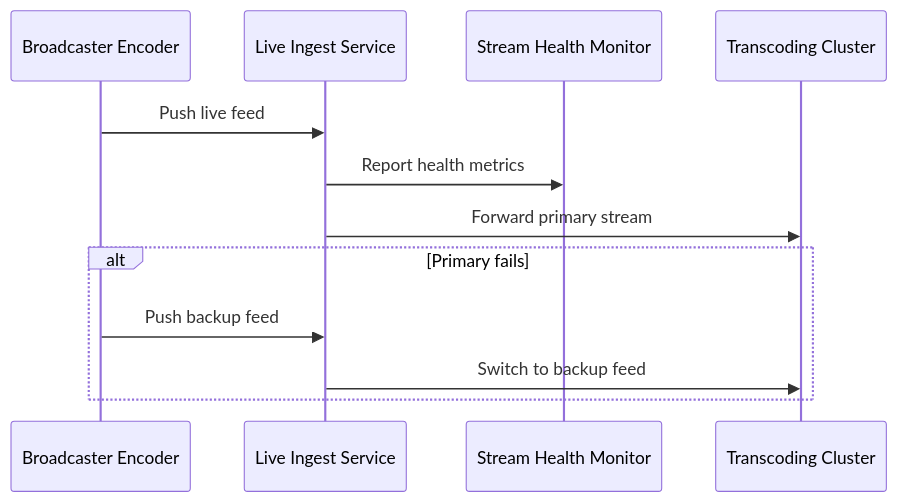
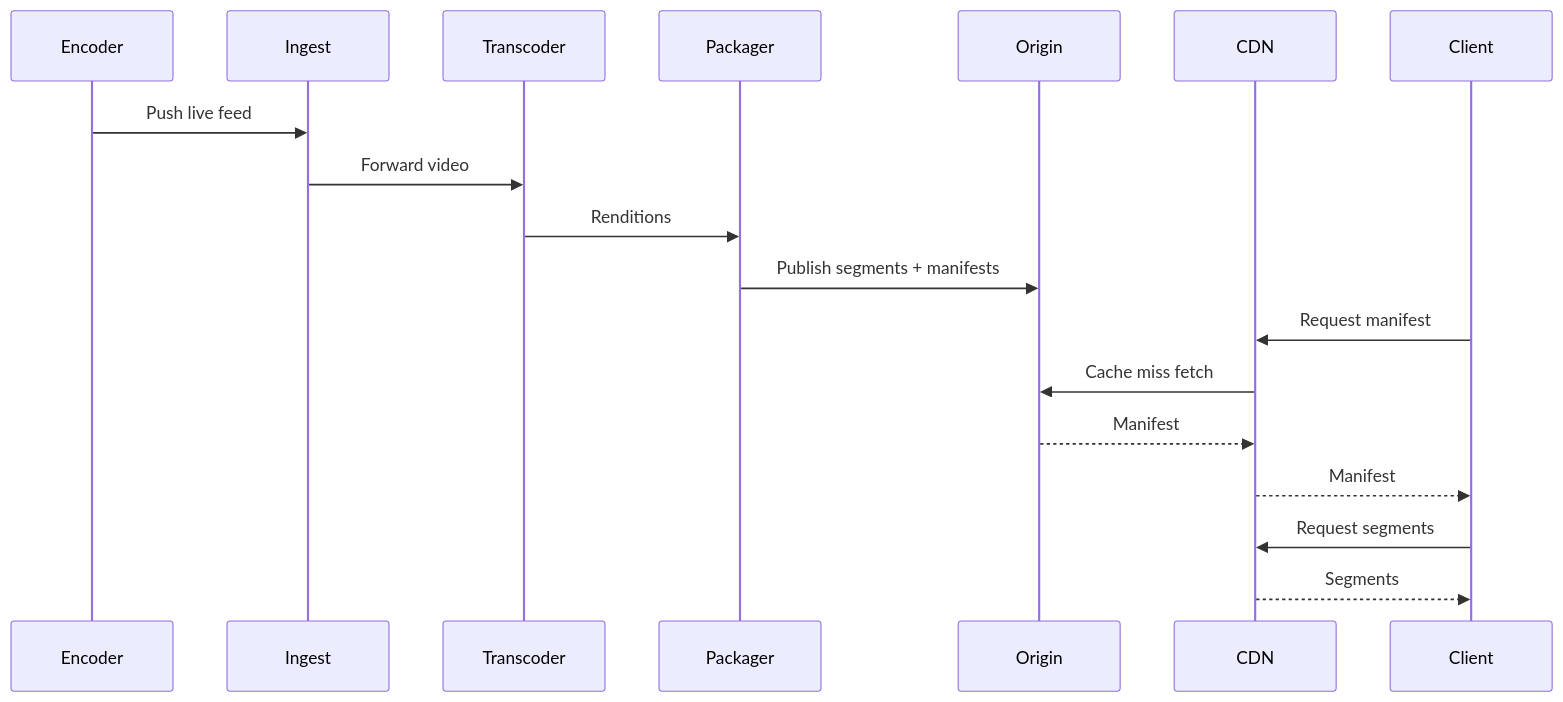
The second of 11 diagrams in src/content/design-a-live-streaming-service.md (gojosatoru123-ux/CacheU), drawn with Mermaid before and after one commit. The commit also changed other lines of this file and 17 other files, not shown here.

````diff
--- a/src/content/design-a-live-streaming-service.md
+++ b/src/content/design-a-live-streaming-service.md
@@ -288,15 +225,21 @@
 ```mermaid
 sequenceDiagram
-    participant Studio as Broadcaster Encoder
-    participant Ingest as Live Ingest Service
-    participant Monitor as Stream Health Monitor
-    participant Transcode as Transcoding Cluster
+    participant Enc as Encoder
+    participant In as Ingest
+    participant Tr as Transcoder
+    participant Pk as Packager
+    participant Or as Origin
+    participant Cd as CDN
+    participant Cl as Client
 
-    Studio->>Ingest: Push live feed
-    Ingest->>Monitor: Report health metrics
-    Ingest->>Transcode: Forward primary stream
-    alt Primary fails
-        Studio->>Ingest: Push backup feed
-        Ingest->>Transcode: Switch to backup feed
-    end
+    Enc->>In: Push live feed
+    In->>Tr: Forward video
+    Tr->>Pk: Renditions
+    Pk->>Or: Publish segments + manifests
+    Cl->>Cd: Request manifest
+    Cd->>Or: Cache miss fetch
+    Or-->>Cd: Manifest
+    Cd-->>Cl: Manifest
+    Cl->>Cd: Request segments
+    Cd-->>Cl: Segments
 ```
````
